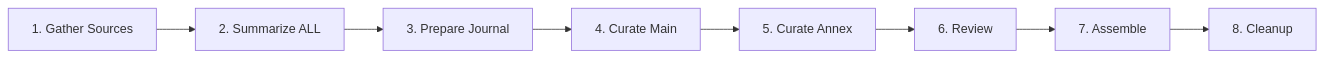
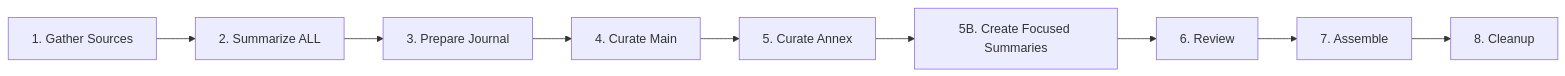
The diagram in README.md (beijaflor/gen-ai-journal), drawn with Mermaid before and after one commit. The commit also changed other lines of this file and 13 other files, not shown here.

````diff
--- a/README.md
+++ b/README.md
@@ -9,10 +9,11 @@
 ```mermaid
 graph LR
     A[1. Gather Sources] --> B[2. Summarize ALL]
     B --> C[3. Prepare Journal]
     C --> D[4. Curate Main]
     D --> E[5. Curate Annex]
-    E --> F[6. Review]
-    F --> G[7. Assemble]
-    G --> H[8. Cleanup]
+    E --> F[5B. Create Focused Summaries]
+    F --> G[6. Review]
+    G --> H[7. Assemble]
+    H --> I[8. Cleanup]
 ```
````
